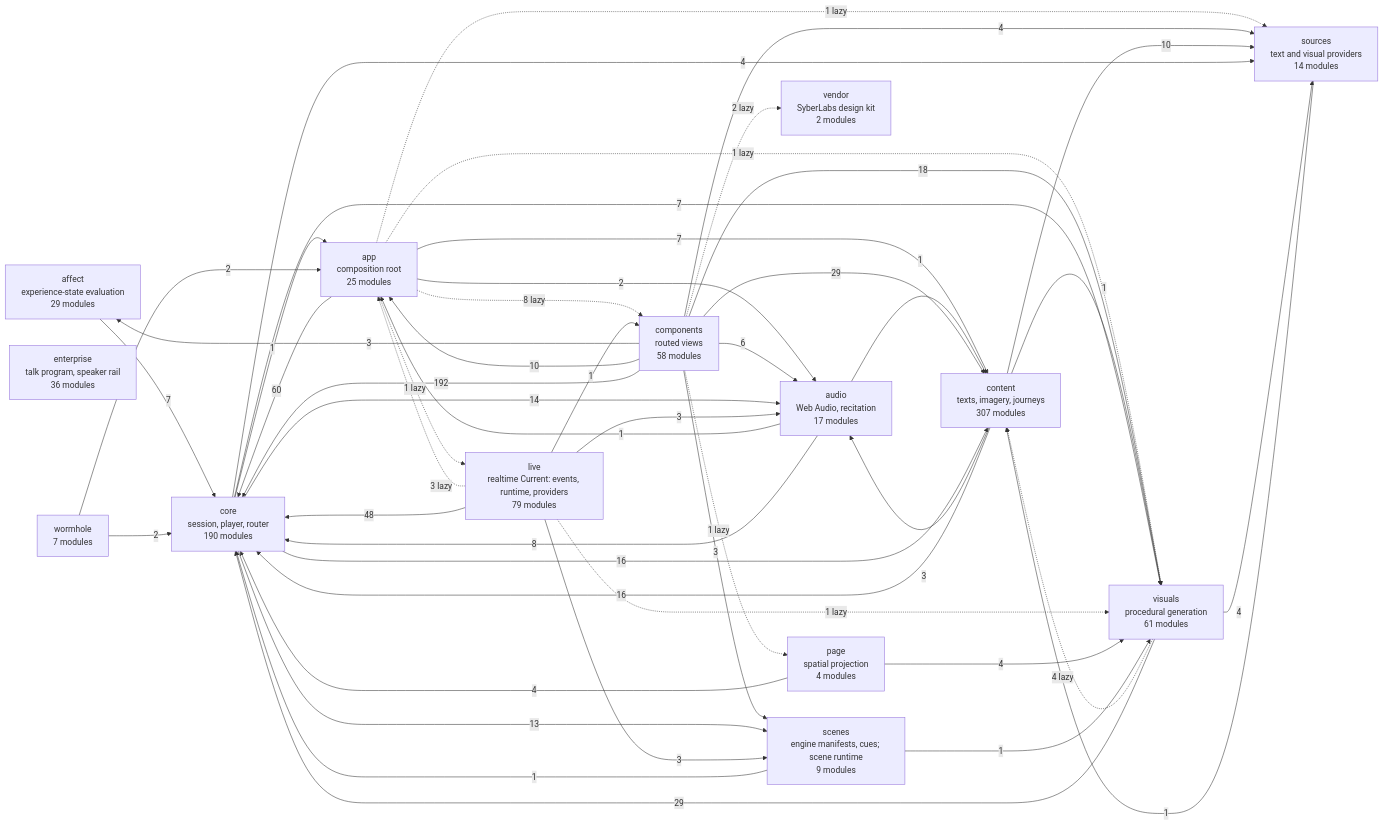
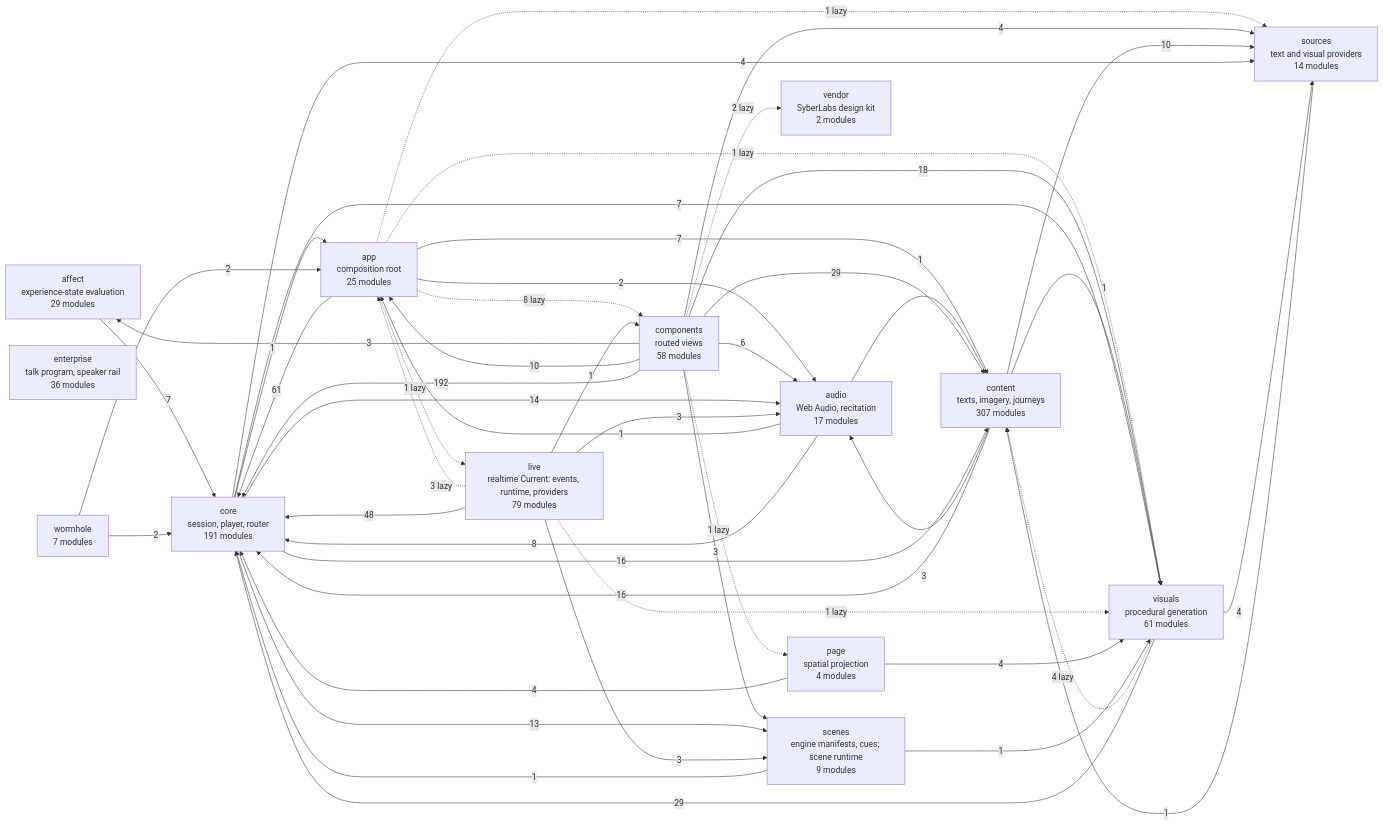
One commit to SyberLabs/RISE changed the diagram in docs/specs/ARCHITECTURE.md. Above: the diagram before and after it, drawn with Mermaid. The commit also changed 10 other files, not shown here.

````diff
--- a/docs/specs/ARCHITECTURE.md
+++ b/docs/specs/ARCHITECTURE.md
@@ -161,65 +161,65 @@
 ```mermaid
 flowchart LR
     affect["affect<br/>experience-state evaluation<br/>29 modules"]
     app["app<br/>composition root<br/>25 modules"]
     audio["audio<br/>Web Audio, recitation<br/>17 modules"]
     components["components<br/>routed views<br/>58 modules"]
     content["content<br/>texts, imagery, journeys<br/>307 modules"]
-    core["core<br/>session, player, router<br/>190 modules"]
+    core["core<br/>session, player, router<br/>191 modules"]
     enterprise["enterprise<br/>talk program, speaker rail<br/>36 modules"]
     live["live<br/>realtime Current: events, runtime, providers<br/>79 modules"]
     page["page<br/>spatial projection<br/>4 modules"]
     scenes["scenes<br/>engine manifests, cues; scene runtime<br/>9 modules"]
     sources["sources<br/>text and visual providers<br/>14 modules"]
     vendor["vendor<br/>SyberLabs design kit<br/>2 modules"]
     visuals["visuals<br/>procedural generation<br/>61 modules"]
     wormhole["wormhole<br/>7 modules"]
 
     affect --> |7| core
     app --> |2| audio
     app -.-> |8 lazy| components
     app --> |7| content
-    app --> |60| core
+    app --> |61| core
     app -.-> |1 lazy| live
     app -.-> |1 lazy| sources
     app -.-> |1 lazy| visuals
     audio --> |1| app
     audio --> |1| content
     audio --> |8| core
     components --> |3| affect
     components --> |10| app
     components --> |6| audio
     components --> |29| content
     components --> |192| core
     components -.-> |1 lazy| page
     components --> |3| scenes
     components --> |4| sources
     components -.-> |2 lazy| vendor
     components --> |18| visuals
     content --> |3| audio
     content --> |16| core
     content --> |10| sources
     content --> |1| visuals
     core --> |1| app
     core --> |14| audio
     core --> |16| content
     core --> |13| scenes
     core --> |4| sources
     core --> |7| visuals
     live -.-> |3 lazy| app
     live --> |3| audio
     live --> |1| components
     live --> |48| core
     live --> |3| scenes
     live -.-> |1 lazy| visuals
     page --> |4| core
     page --> |4| visuals
     scenes --> |1| core
     scenes --> |1| visuals
     sources --> |1| content
     visuals -.-> |4 lazy| content
     visuals --> |29| core
     visuals --> |4| sources
     wormhole --> |2| app
     wormhole --> |2| core
 ```
````
